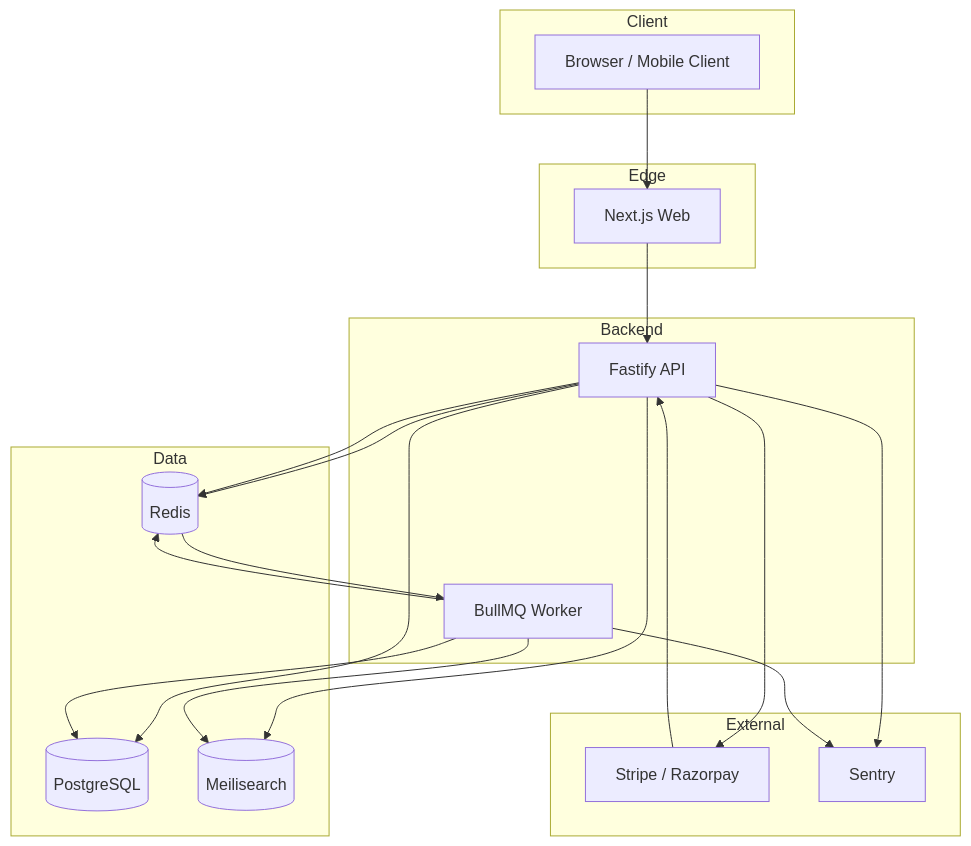
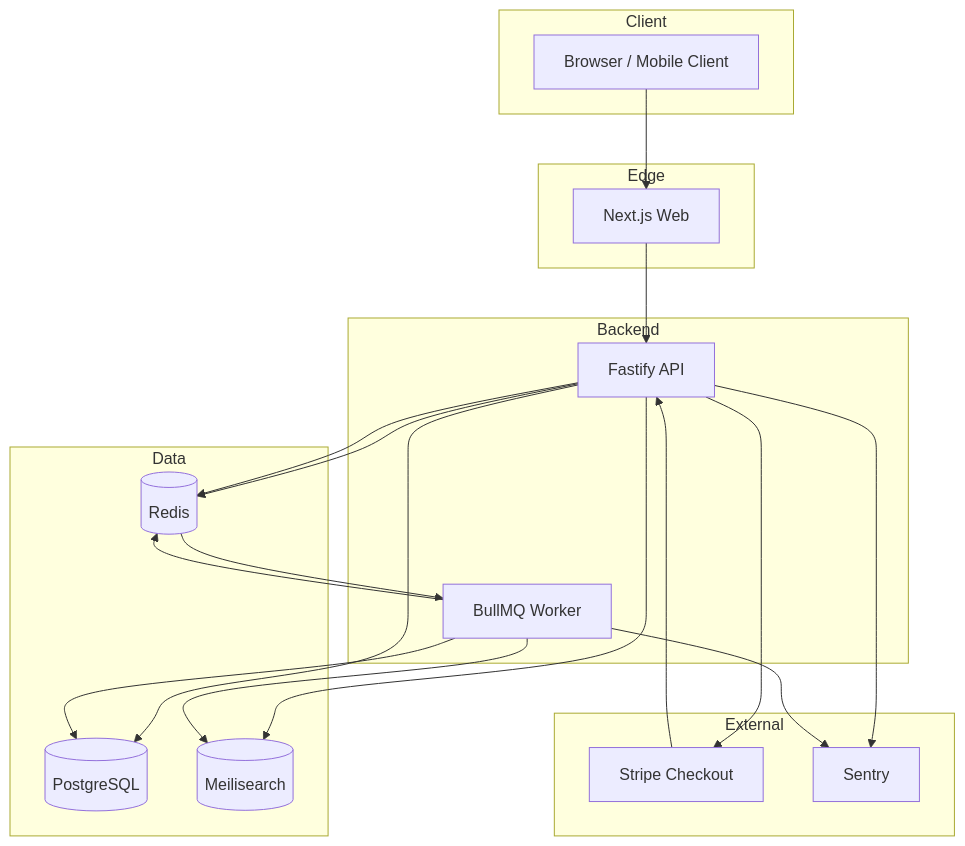
One commit to SpySparsh/distributed-commerce-platform changed the first of 6 diagrams in SYSTEM_DESIGN.md. Above: the diagram before and after it, drawn with Mermaid. The commit also changed 2687 other files, not shown here.

````diff
--- a/SYSTEM_DESIGN.md
+++ b/SYSTEM_DESIGN.md
@@ -17,41 +17,41 @@
 ```mermaid
 flowchart TB
   subgraph Client
     Browser["Browser / Mobile Client"]
   end
 
   subgraph Edge
     Web["Next.js Web"]
   end
 
   subgraph Backend
     API["Fastify API"]
     Worker["BullMQ Worker"]
   end
 
   subgraph Data
     PG[("PostgreSQL")]
     Redis[("Redis")]
     Meili[("Meilisearch")]
   end
 
   subgraph External
-    PaymentProvider["Stripe / Razorpay"]
+    PaymentProvider["Stripe Checkout"]
     Sentry["Sentry"]
   end
 
   Browser --> Web
   Web --> API
   API --> PG
   API --> Redis
   API --> Meili
   API --> PaymentProvider
   PaymentProvider --> API
   API --> Redis
   Redis --> Worker
   Worker --> PG
   Worker --> Redis
   Worker --> Meili
   API --> Sentry
   Worker --> Sentry
 ```
````
